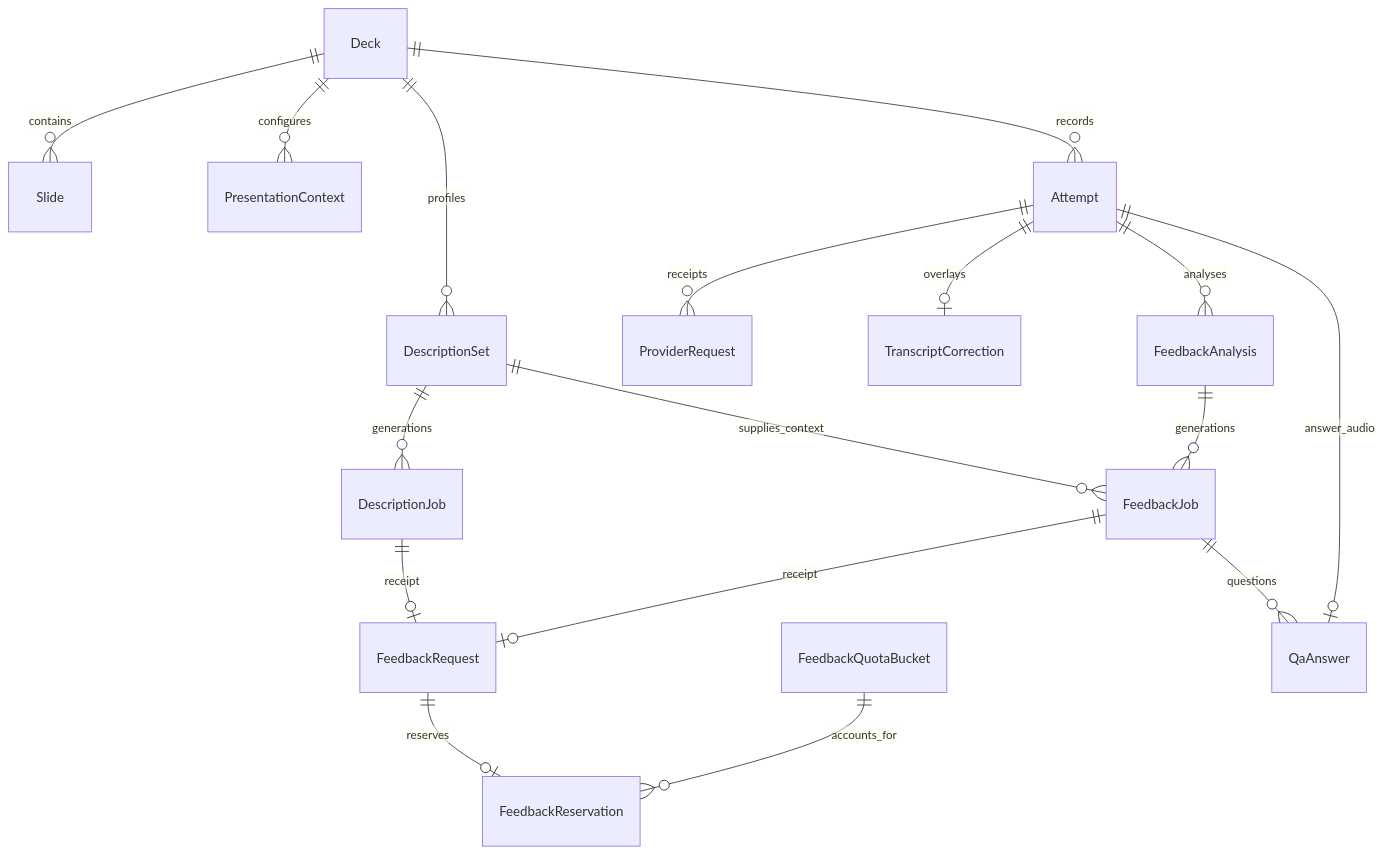
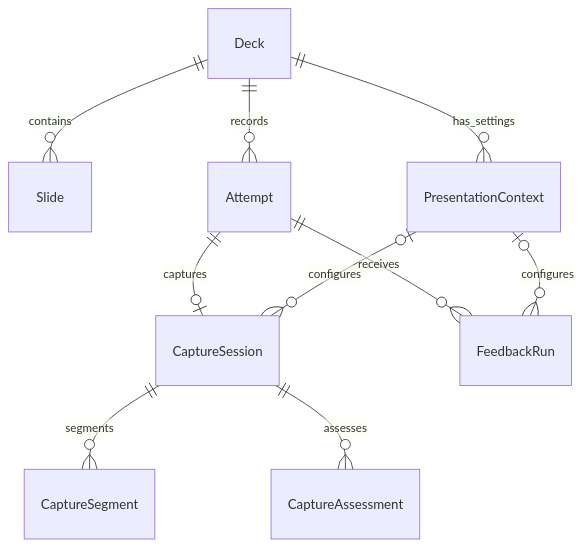
One commit to snuhcs-course/swpp-2026-project-team-07 changed the second of 4 diagrams in docs/design/design-documentation.md. Above: the diagram before and after it, drawn with Mermaid. The commit also changed other lines of this file and 1 other file, not shown here.

````diff
--- a/docs/design/design-documentation.md
+++ b/docs/design/design-documentation.md
@@ -80,19 +93,12 @@
 ```mermaid
 erDiagram
     Deck ||--o{ Slide : contains
-    Deck ||--o{ PresentationContext : configures
+    Deck ||--o{ PresentationContext : has_settings
     Deck ||--o{ Attempt : records
-    Deck ||--o{ DescriptionSet : profiles
-    Attempt ||--o{ ProviderRequest : receipts
-    Attempt ||--o| TranscriptCorrection : overlays
-    Attempt ||--o{ FeedbackAnalysis : analyses
-    DescriptionSet ||--o{ DescriptionJob : generations
-    DescriptionSet ||--o{ FeedbackJob : supplies_context
-    FeedbackAnalysis ||--o{ FeedbackJob : generations
-    DescriptionJob ||--o| FeedbackRequest : receipt
-    FeedbackJob ||--o| FeedbackRequest : receipt
-    FeedbackRequest ||--o| FeedbackReservation : reserves
-    FeedbackQuotaBucket ||--o{ FeedbackReservation : accounts_for
-    FeedbackJob ||--o{ QaAnswer : questions
-    Attempt ||--o| QaAnswer : answer_audio
+    Attempt ||--o| CaptureSession : captures
+    PresentationContext o|--o{ CaptureSession : configures
+    CaptureSession ||--o{ CaptureSegment : segments
+    CaptureSession ||--o{ CaptureAssessment : assesses
+    Attempt ||--o{ FeedbackRun : receives
+    PresentationContext o|--o{ FeedbackRun : configures
 ```
````
